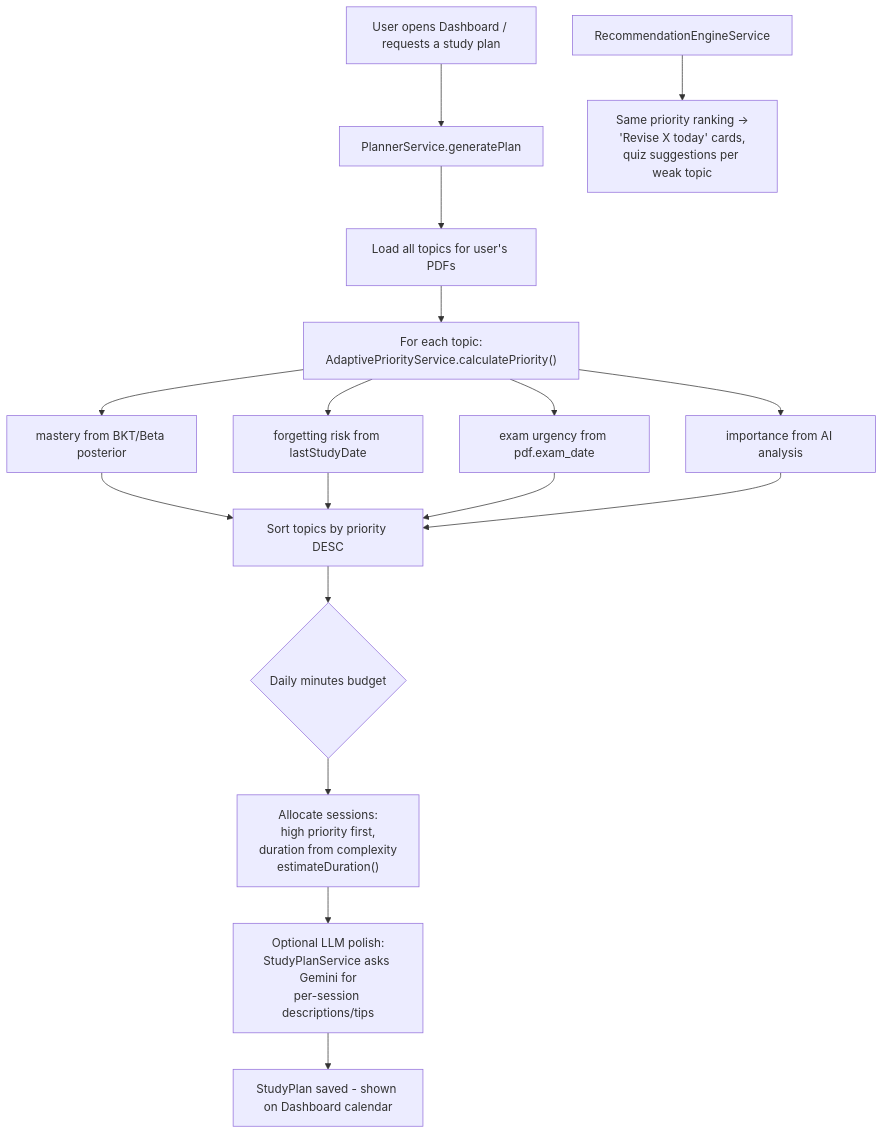
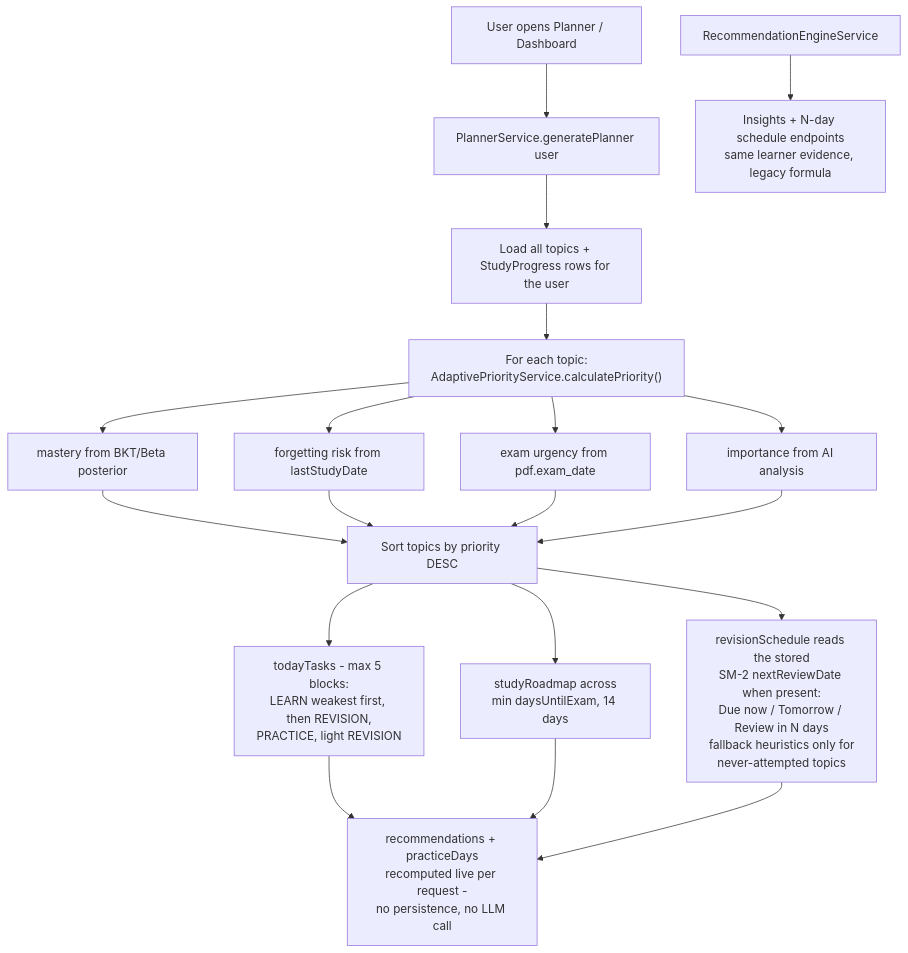
The fifth of 5 diagrams in docs/WORKFLOW.md (itsujwal11/aiStudyPlanner), drawn with Mermaid before and after one commit. The commit also changed other lines of this file and 33 other files, not shown here.

````diff
--- a/docs/WORKFLOW.md
+++ b/docs/WORKFLOW.md
@@ -270,17 +295,17 @@
 ```mermaid
 flowchart TD
-    A[User opens Dashboard / requests a study plan] --> B[PlannerService.generatePlan]
-    B --> C[Load all topics for user's PDFs]
+    A[User opens Planner / Dashboard] --> B[PlannerService.generatePlanner user]
+    B --> C[Load all topics + StudyProgress rows for the user]
     C --> D["For each topic:<br/>AdaptivePriorityService.calculatePriority()"]
     D --> E1[mastery from BKT/Beta posterior]
     D --> E2[forgetting risk from lastStudyDate]
     D --> E3[exam urgency from pdf.exam_date]
     D --> E4[importance from AI analysis]
     E1 & E2 & E3 & E4 --> F[Sort topics by priority DESC]
-    F --> G{Daily minutes budget}
-    G --> H["Allocate sessions:<br/>high priority first,<br/>duration from complexity<br/>estimateDuration()"]
-    H --> I[Optional LLM polish:<br/>StudyPlanService asks Gemini for<br/>per-session descriptions/tips]
-    I --> J[StudyPlan saved - shown on Dashboard calendar]
+    F --> G["todayTasks - max 5 blocks:<br/>LEARN weakest first, then REVISION,<br/>PRACTICE, light REVISION"]
+    F --> H["studyRoadmap across<br/>min daysUntilExam, 14 days"]
+    F --> I["revisionSchedule reads the stored<br/>SM-2 nextReviewDate when present:<br/>Due now / Tomorrow / Review in N days<br/>fallback heuristics only for<br/>never-attempted topics"]
+    G & H & I --> J["recommendations + practiceDays<br/>recomputed live per request -<br/>no persistence, no LLM call"]
 
-    K[RecommendationEngineService] --> L["Same priority ranking -><br/>'Revise X today' cards,<br/>quiz suggestions per weak topic"]
+    K[RecommendationEngineService] --> L["Insights + N-day schedule endpoints<br/>same learner evidence, legacy formula"]
 ```
````
